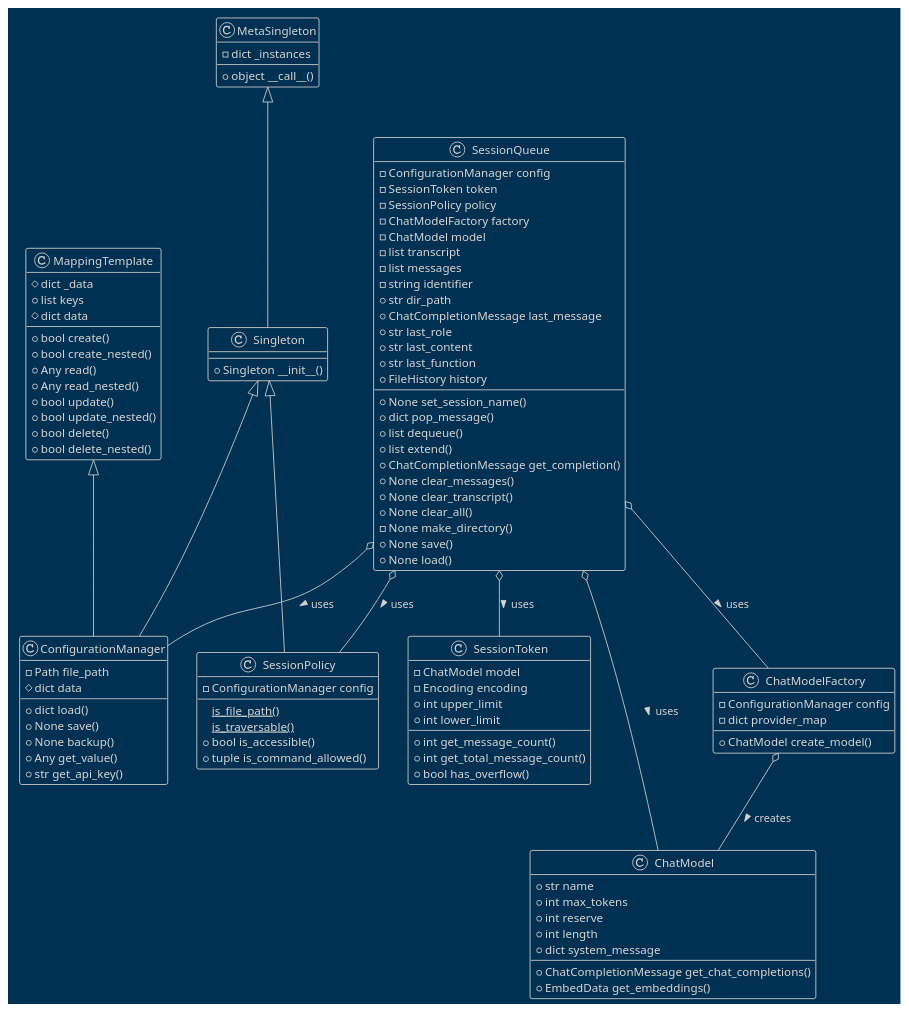
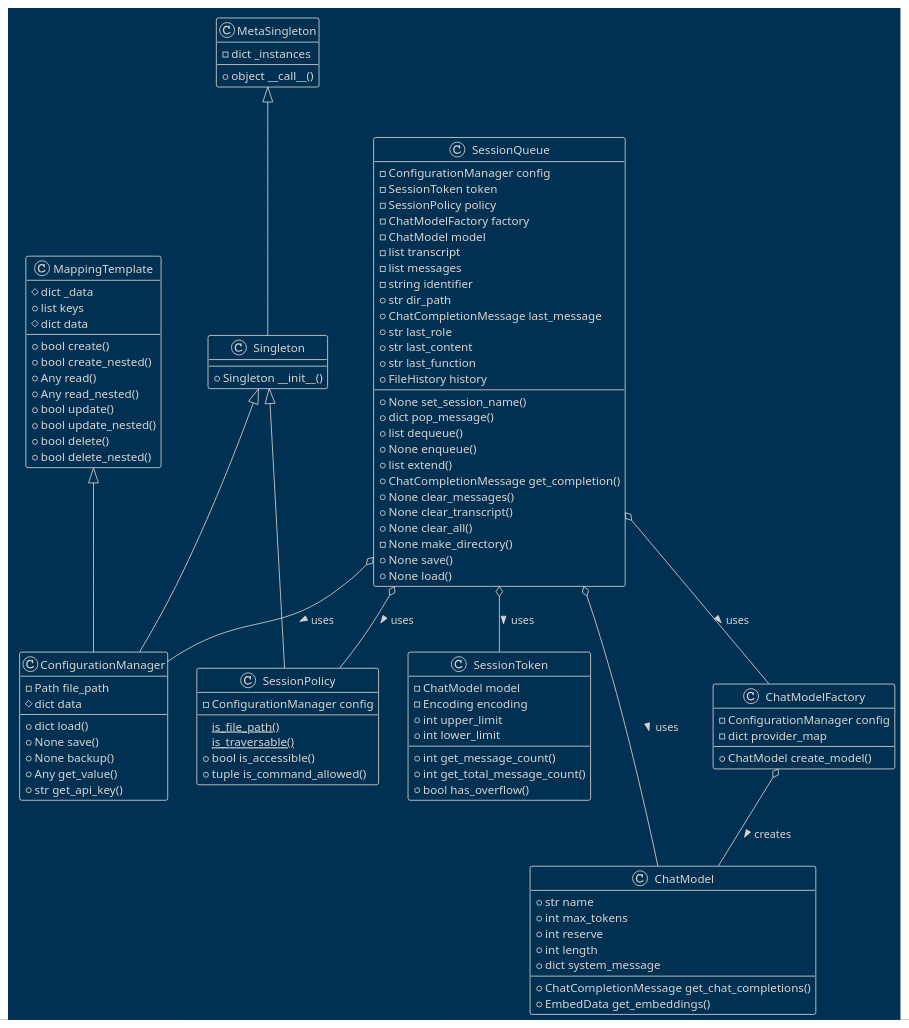
The diagram in docs/diagrams/plantuml/session_queue.puml (teleprint-me/py.gpt.prompt), drawn with PlantUML before and after one commit. The commit also changed 1 other file, not shown here.

Commit message:
docs: Add minor fixes to UML session management

```diff
--- a/docs/diagrams/plantuml/session_queue.puml
+++ b/docs/diagrams/plantuml/session_queue.puml
@@ -1,109 +1,110 @@
 @startuml SessionQueue
 !theme blueprint
 
 ' docs/diagrams/plantuml/session_queue.puml
 
 class SessionQueue {
   - ConfigurationManager config
   - SessionToken token
   - SessionPolicy policy
   - ChatModelFactory factory
   - ChatModel model
   - list transcript
   - list messages
   - string identifier
   + str dir_path
   + ChatCompletionMessage last_message
   + str last_role
   + str last_content
   + str last_function
   + FileHistory history
   + None set_session_name()
   + dict pop_message()
   + list dequeue()
+  + None enqueue()
   + list extend()
   + ChatCompletionMessage get_completion()
   + None clear_messages()
   + None clear_transcript()
   + None clear_all()
   - None make_directory()
   + None save()
   + None load()
 }
 
 class MetaSingleton {
     - dict _instances
     + object __call__()
 }
 
 class Singleton extends MetaSingleton {
   + Singleton __init__()
 }
 
 class MappingTemplate {
   # dict _data
   + list keys
   # dict data
   + bool create()
   + bool create_nested()
   + Any read()
   + Any read_nested()
   + bool update()
   + bool update_nested()
   + bool delete()
   + bool delete_nested()
 }
 
 class ConfigurationManager extends Singleton, MappingTemplate {
   - Path file_path
   # dict data
   + dict load()
   + None save()
   + None backup()
   + Any get_value()
   + str get_api_key()
 }
 
 class SessionToken {
   - ChatModel model
   - Encoding encoding
   + int upper_limit
   + int lower_limit
   + int get_message_count()
   + int get_total_message_count()
   + bool has_overflow()
 }
 
 class SessionPolicy extends Singleton {
   - ConfigurationManager config
   {static} is_file_path()
   {static} is_traversable()
   + bool is_accessible()
   + tuple is_command_allowed()
 }
 
 class ChatModelFactory {
   - ConfigurationManager config
   - dict provider_map
   + ChatModel create_model()
 }
 
 class ChatModel {
   + str name
   + int max_tokens
   + int reserve
   + int length
   + dict system_message
   + ChatCompletionMessage get_chat_completions()
   + EmbedData get_embeddings()
 }
 
 ' Define relationships
 
 SessionQueue o-- ConfigurationManager : uses >
 SessionQueue o-- SessionToken : uses >
 SessionQueue o-- SessionPolicy : uses >
 SessionQueue o-- ChatModel : uses >
 ChatModelFactory o-- ChatModel : creates >
 SessionQueue o-- ChatModelFactory : uses >
 @enduml
```
